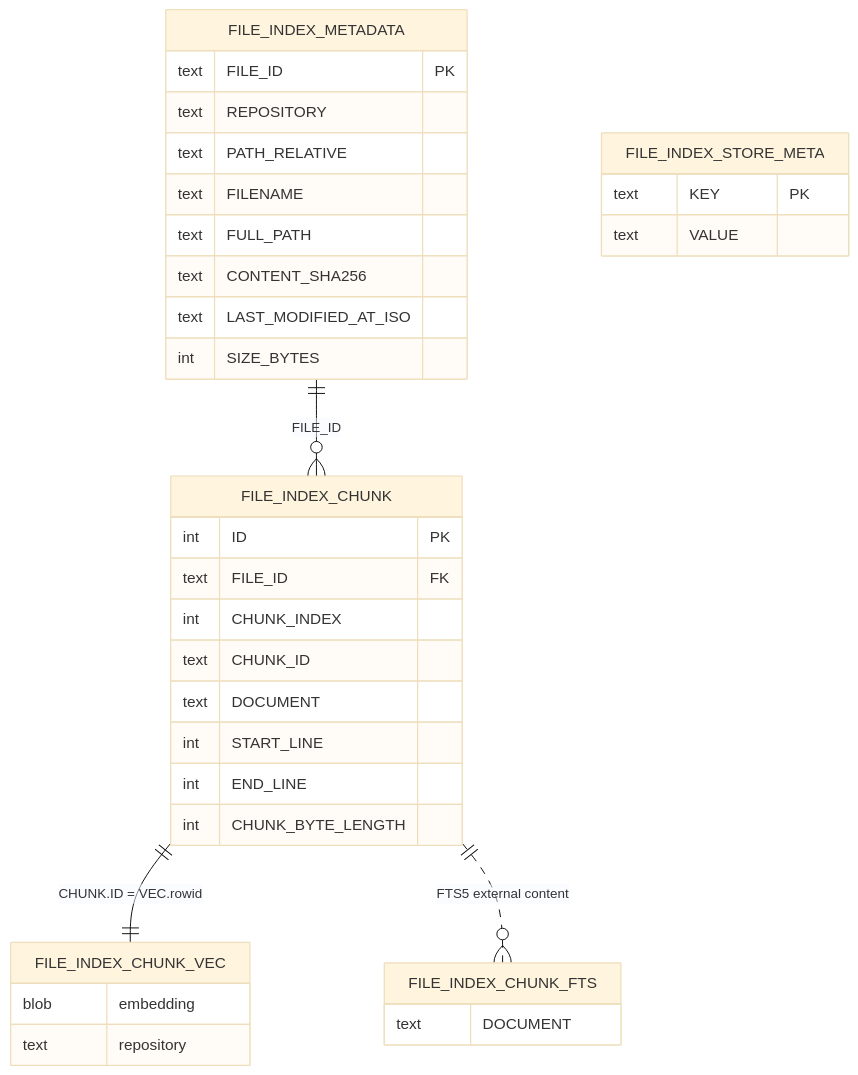
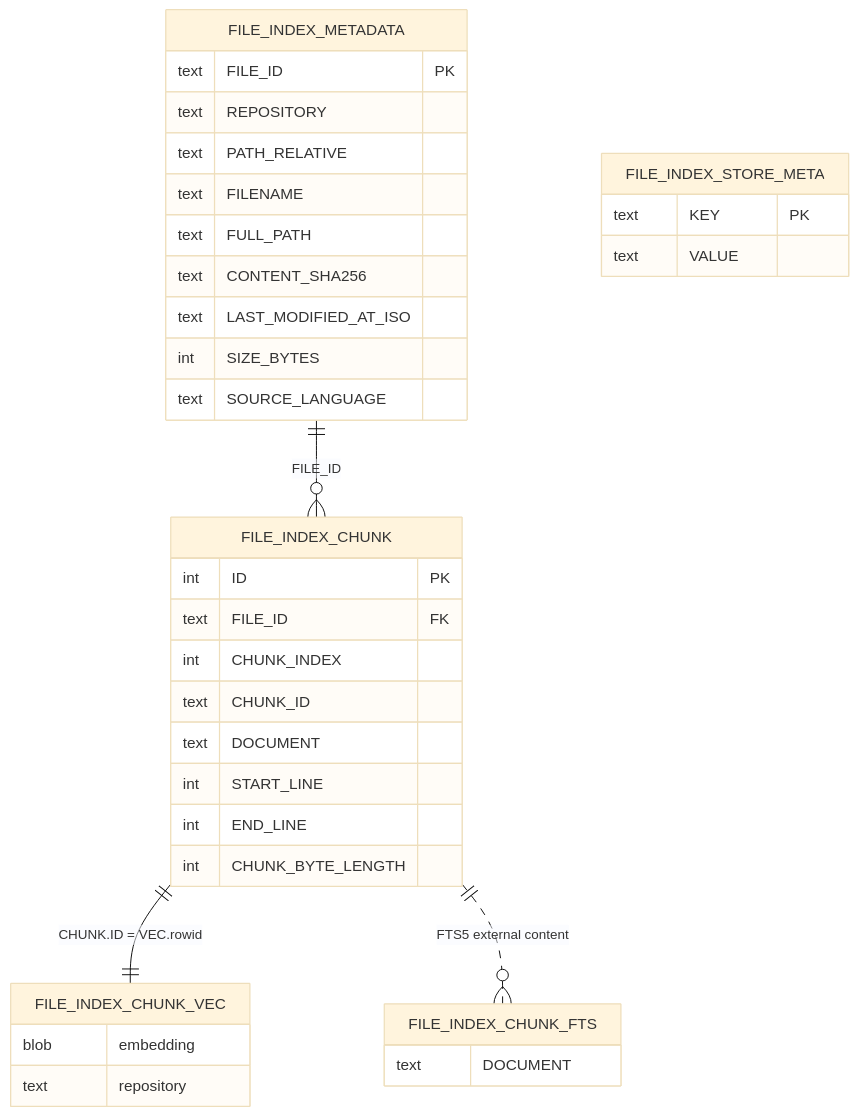
Before and after one commit to Lichens-Innovation/ai-dev-tools: the diagram in incubator/code-crawler/docs/DATABASE.md, drawn with Mermaid (base theme). The commit also changed other lines of this file and 18 other files, not shown here.

First line of the commit message:
feat(code-crawler): source language in index, search UI, and SQLite store

````diff
--- a/incubator/code-crawler/docs/DATABASE.md
+++ b/incubator/code-crawler/docs/DATABASE.md
@@ -9,42 +9,43 @@
 ```mermaid
 erDiagram
   FILE_INDEX_METADATA ||--o{ FILE_INDEX_CHUNK : "FILE_ID"
   FILE_INDEX_CHUNK ||--|| FILE_INDEX_CHUNK_VEC : "CHUNK.ID = VEC.rowid"
   FILE_INDEX_CHUNK ||..o{ FILE_INDEX_CHUNK_FTS : "FTS5 external content"
 
   FILE_INDEX_METADATA {
     text FILE_ID PK
     text REPOSITORY
     text PATH_RELATIVE
     text FILENAME
     text FULL_PATH
     text CONTENT_SHA256
     text LAST_MODIFIED_AT_ISO
     int SIZE_BYTES
+    text SOURCE_LANGUAGE
   }
 
   FILE_INDEX_CHUNK {
     int ID PK
     text FILE_ID FK
     int CHUNK_INDEX
     text CHUNK_ID
     text DOCUMENT
     int START_LINE
     int END_LINE
     int CHUNK_BYTE_LENGTH
   }
 
   FILE_INDEX_STORE_META {
     text KEY PK
     text VALUE
   }
 
   FILE_INDEX_CHUNK_VEC {
     blob embedding
     text repository
   }
 
   FILE_INDEX_CHUNK_FTS {
     text DOCUMENT
   }
 ```
````
